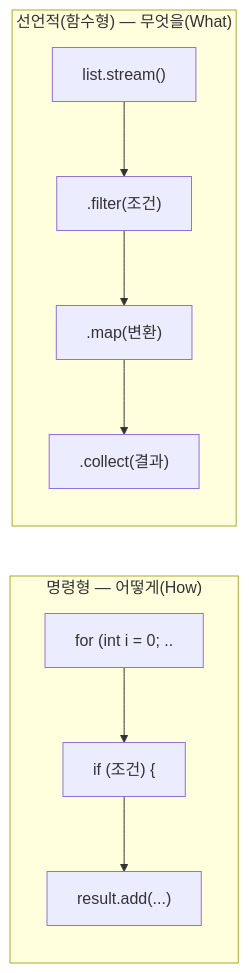
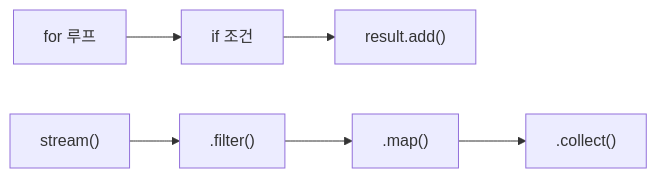
Before and after one commit to yjkim2015/yjkim2015.github.io: the first of 2 diagrams in _posts/java/2026-05-01-java-functional-programming.md, drawn with Mermaid. The commit also changed 155 other files, not shown here.

First line of the commit message:
Mermaid 전면 수정: subgraph 제거, participant/노드/줄수 축소 (342블록)

````diff
--- a/_posts/java/2026-05-01-java-functional-programming.md
+++ b/_posts/java/2026-05-01-java-functional-programming.md
@@ -20,12 +20,8 @@
 ```mermaid
 graph LR
-  subgraph "명령형 — 어떻게(How)"
-    A["for (int i = 0; .."] --> B["if (조건) {"]
-    B --> C["result.add(...)"]
-  end
-  subgraph "선언적(함수형) — 무엇을(What)"
-    D["list.stream()"] --> E[".filter(조건)"]
-    E --> F[".map(변환)"]
-    F --> G[".collect(결과)"]
-  end
+    A["for 루프"] --> B["if 조건"]
+    B --> C["result.add()"]
+    D["stream()"] --> E[".filter()"]
+    E --> F[".map()"]
+    F --> G[".collect()"]
 ```
````
